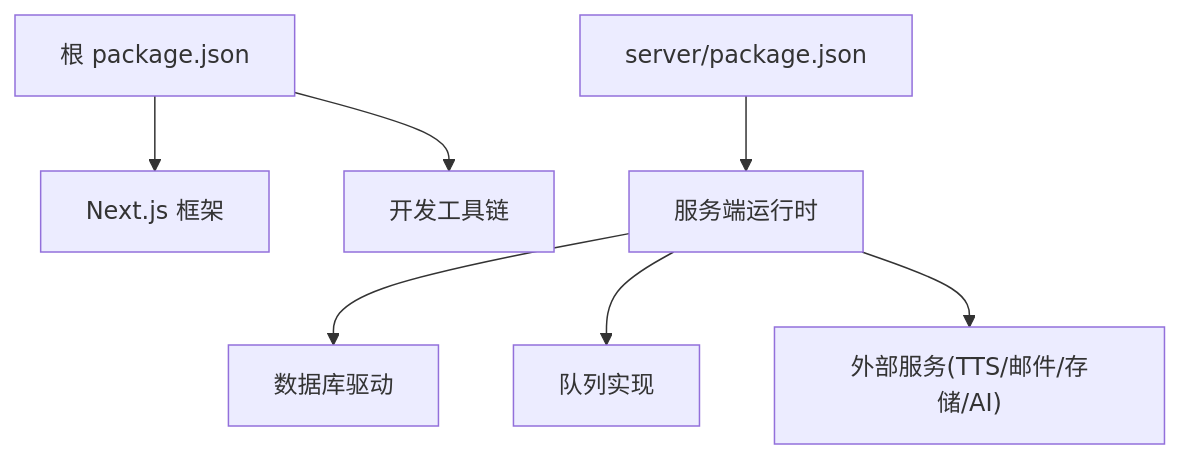
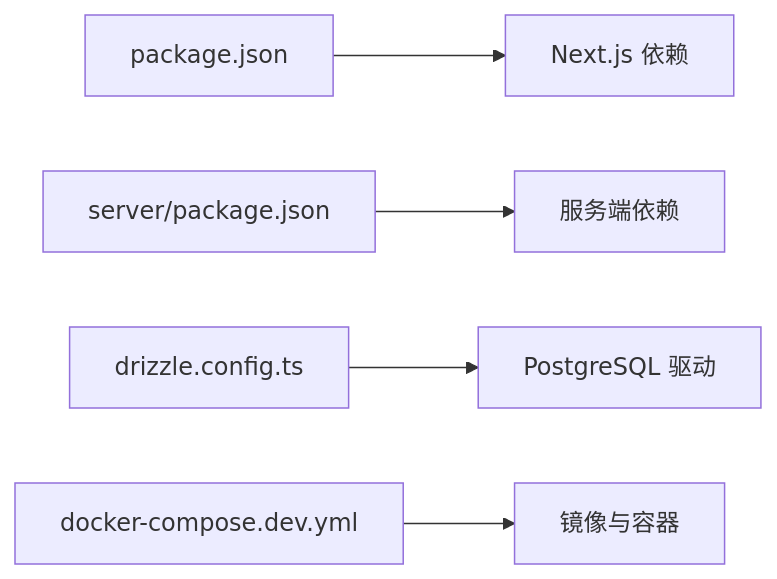
One commit to scottcwy/PurpleInk changed the third of 3 diagrams in .qoder/repowiki/zh/content/快速开始.md. Above: the diagram before and after it, drawn with Mermaid. The commit also changed other lines of this file and 872 other files, not shown here.

````diff
--- a/.qoder/repowiki/zh/content/快速开始.md
+++ b/.qoder/repowiki/zh/content/快速开始.md
@@ -280,9 +209,7 @@
 ```mermaid
-graph TB
-RootPkg["根 package.json"] --> NextJS["Next.js 框架"]
-RootPkg --> Tools["开发工具链"]
-ServerPkg["server/package.json"] --> ServerRuntime["服务端运行时"]
-ServerRuntime --> DB["数据库驱动"]
-ServerRuntime --> Queue["队列实现"]
-ServerRuntime --> External["外部服务(TTS/邮件/存储/AI)"]
+graph LR
+Pkg["package.json"] --> Next["Next.js 依赖"]
+SrvPkg["server/package.json"] --> SrvDeps["服务端依赖"]
+Drz["drizzle.config.ts"] --> DB["PostgreSQL 驱动"]
+DC["docker-compose.dev.yml"] --> Images["镜像与容器"]
 ```
````
